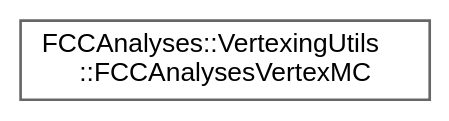
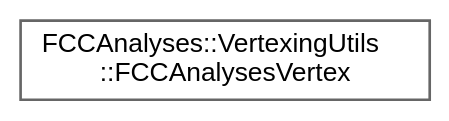
One commit to HEP-FCC/FCCAnalyses changed the diagram in doc/latest/inherit_graph_69.dot. Above: the diagram before and after it, drawn with Graphviz. The commit also changed 173 other files, not shown here.

```diff
--- a/doc/latest/inherit_graph_69.dot
+++ b/doc/latest/inherit_graph_69.dot
@@ -1,9 +1,9 @@
 digraph "Graphical Class Hierarchy"
 {
  // LATEX_PDF_SIZE
   bgcolor="transparent";
   edge [fontname=Helvetica,fontsize=10,labelfontname=Helvetica,labelfontsize=10];
   node [fontname=Helvetica,fontsize=10,shape=box,height=0.2,width=0.4];
   rankdir="LR";
-  Node0 [id="Node000000",label="FCCAnalyses::VertexingUtils\l::FCCAnalysesVertexMC",height=0.2,width=0.4,color="grey40", fillcolor="white", style="filled",URL="$structFCCAnalyses_1_1VertexingUtils_1_1FCCAnalysesVertexMC.html",tooltip="Structure to keep useful track information that is related to the vertex."];
+  Node0 [id="Node000000",label="FCCAnalyses::VertexingUtils\l::FCCAnalysesVertex",height=0.2,width=0.4,color="grey40", fillcolor="white", style="filled",URL="$structFCCAnalyses_1_1VertexingUtils_1_1FCCAnalysesVertex.html",tooltip="Structure to keep useful track information that is related to the vertex."];
 }
```
